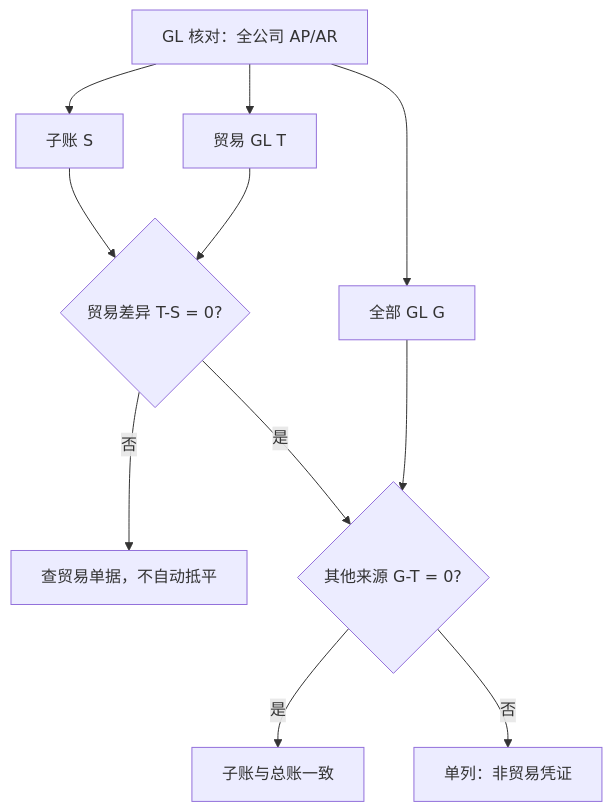
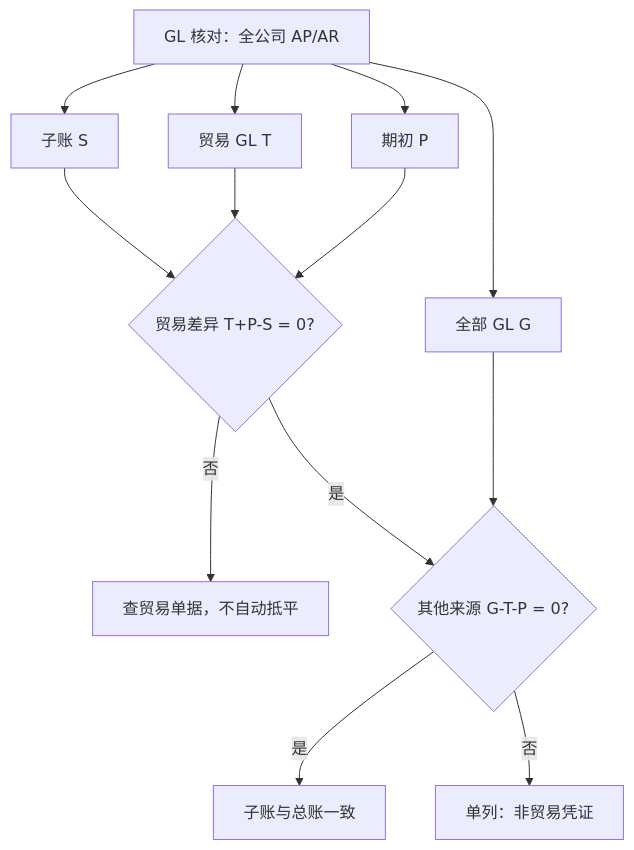
The sixth of 7 diagrams in docs/flows/trade-flow.md (lingshf/ai-native-erp), drawn with Mermaid before and after one commit. The commit also changed other lines of this file and 21 other files, not shown here.

````diff
--- a/docs/flows/trade-flow.md
+++ b/docs/flows/trade-flow.md
@@ -95,13 +95,15 @@
 ```mermaid
 flowchart TD
   A["GL 核对：全公司 AP/AR"] --> B["子账 S"]
   A --> C["贸易 GL T"]
   A --> D["全部 GL G"]
-  B --> E{"贸易差异 T-S = 0?"}
+  A --> P["期初 P"]
+  B --> E{"贸易差异 T+P-S = 0?"}
   C --> E
+  P --> E
   E -- 否 --> F["查贸易单据，不自动抵平"]
-  E -- 是 --> G{"其他来源 G-T = 0?"}
+  E -- 是 --> G{"其他来源 G-T-P = 0?"}
   D --> G
   G -- 是 --> H["子账与总账一致"]
   G -- 否 --> I["单列：非贸易凭证"]
 ```
````
